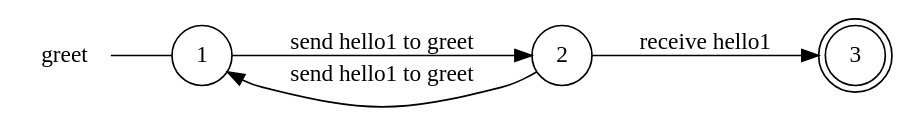
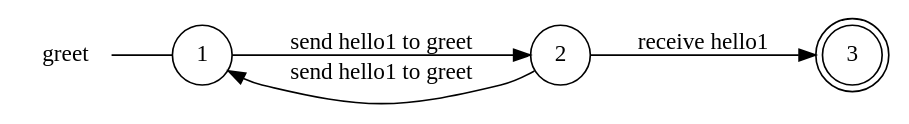
One commit to gabrielegenovese/chorer changed the diagram in examples/hello/greet_local_view.dot. Above: the diagram before and after it, drawn with Graphviz. The commit also changed 32 other files, not shown here.

```diff
--- a/examples/hello/greet_local_view.dot
+++ b/examples/hello/greet_local_view.dot
@@ -1,12 +1,12 @@
 digraph greet {
 	rankdir="LR";
 	n_0 [label="greet", shape="plaintext"];
 	n_1 [id="1", shape=circle, label="1"];
 	n_0 -> n_1 [arrowhead=none];
 	n_2 [id="2", shape=doublecircle, label="3"];
 	n_3 [id="3", shape=circle, label="2"];
 
+	n_3 -> n_1 [id="[$e|4]", label="send hello1 to greet"];
 	n_1 -> n_3 [id="[$e|3]", label="send hello1 to greet"];
-	n_3 -> n_2 [id="[$e|1]", label="receive hello1"];
-	n_3 -> n_1 [id="[$e|4]", label="send hello1 to greet"];
+	n_3 -> n_2 [id="[$e|2]", label="receive hello1"];
 }
```
